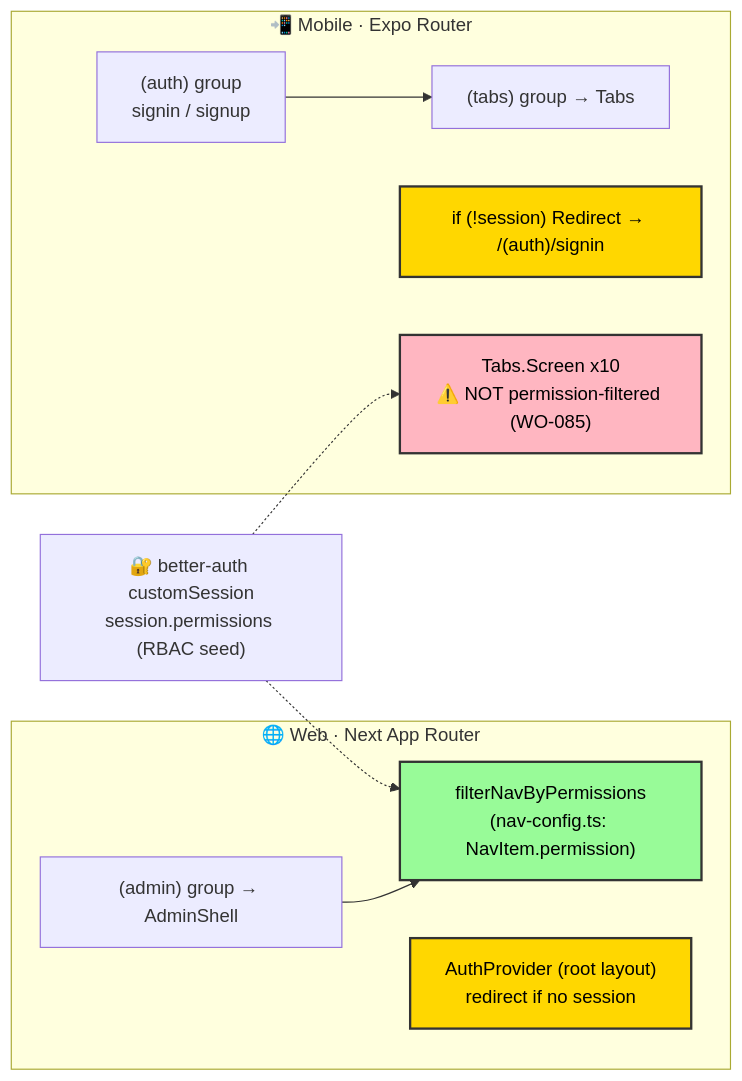
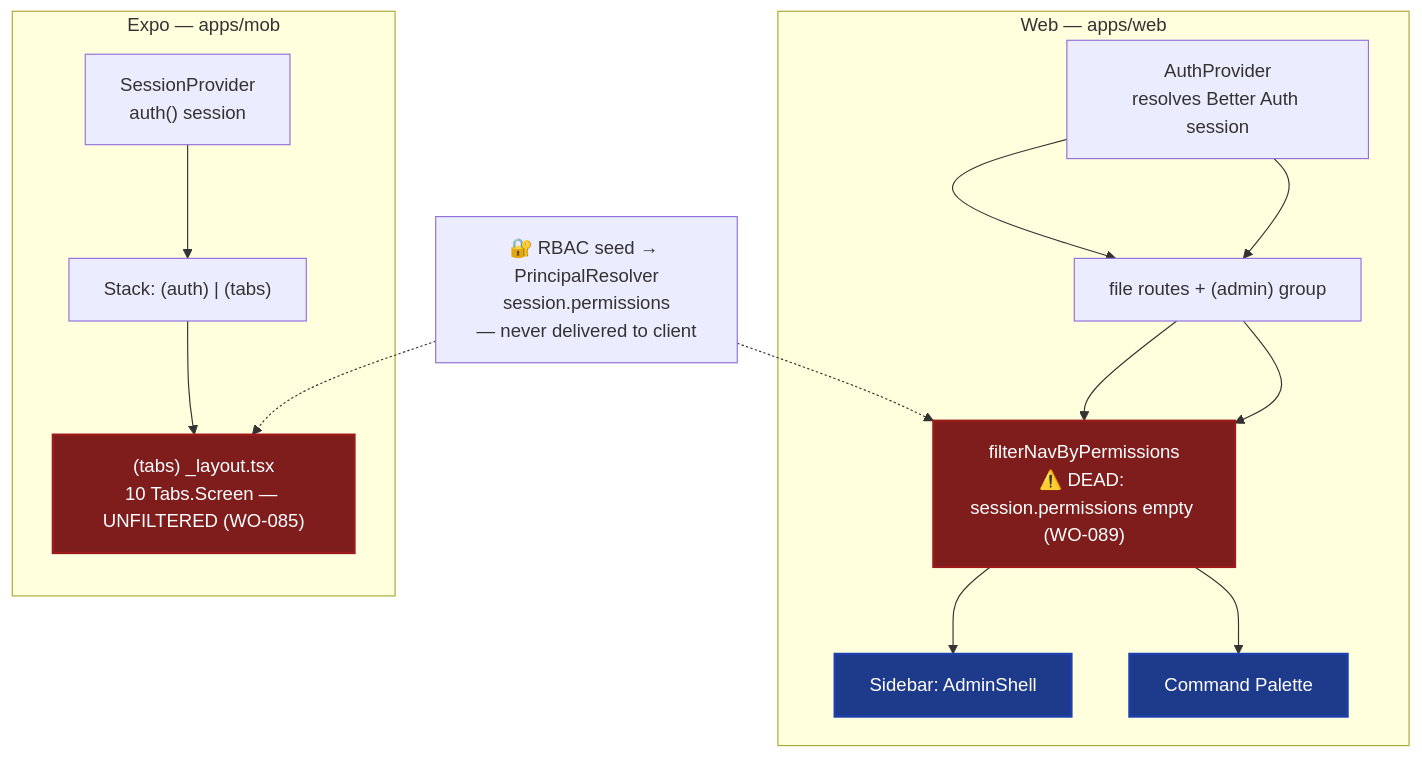
The diagram in apps/docs/content/ADR/0039-navigation-routing.md (r0b0tr0n1k/rocky), drawn with Mermaid before and after one commit. The commit also changed other lines of this file and 14 other files, not shown here.

````diff
--- a/apps/docs/content/ADR/0039-navigation-routing.md
+++ b/apps/docs/content/ADR/0039-navigation-routing.md
@@ -40,20 +61,25 @@
 ```mermaid
-flowchart LR
-  subgraph W["🌐 Web · Next App Router"]
-    WA["(admin) group → AdminShell"] --> WF["filterNavByPermissions<br/>(nav-config.ts: NavItem.permission)"]
-    WAUTH["AuthProvider (root layout)<br/>redirect if no session"]
+graph TD
+  subgraph W["Web — apps/web"]
+    WA["AuthProvider<br/>resolves Better Auth session"]
+    WT["file routes + (admin) group"]
+    WF["filterNavByPermissions<br/>⚠️ DEAD: session.permissions empty (WO-089)"]
+    WS["Sidebar: AdminShell"]
+    WC["Command Palette"]
+    WA --> WT --> WF --> WS
+    WA --> WT --> WF --> WC
   end
-  subgraph M["📲 Mobile · Expo Router"]
-    MR["(auth) group<br/>signin / signup"] --> MT["(tabs) group → Tabs"]
-    MTG["if (!session) Redirect → /(auth)/signin"]
-    MTF["Tabs.Screen x10<br/>⚠️ NOT permission-filtered (WO-085)"]
+  subgraph M["Expo — apps/mob"]
+    MSe["SessionProvider<br/>auth() session"]
+    MSt["Stack: (auth) | (tabs)"]
+    MT["(tabs) _layout.tsx<br/>10 Tabs.Screen — UNFILTERED (WO-085)"]
+    MSe --> MSt --> MT
   end
-  S["🔐 better-auth customSession<br/>session.permissions (RBAC seed)"] -.-> WF
-  S -.-> MTF
-  classDef gate fill:#FFD700,stroke:#333,stroke-width:2px,color:black
-  classDef nav fill:#98FB98,stroke:#333,stroke-width:2px,color:black
-  classDef warn fill:#FFB6C1,stroke:#333,stroke-width:2px,color:black
-  class WAUTH,MTG gate
-  class WF nav
-  class MTF warn
+  S["🔐 RBAC seed → PrincipalResolver<br/>session.permissions<br/>— never delivered to client"]
+  S -.-> WF
+  S -.-> MT
+  classDef nav fill:#1e3a8a,color:#ffffff,stroke:#1e40af,stroke-width:2px
+  classDef dead fill:#7f1d1d,color:#ffffff,stroke:#991b1b,stroke-width:2px
+  class WF,MT dead
+  class WS,WC nav
 ```
````
